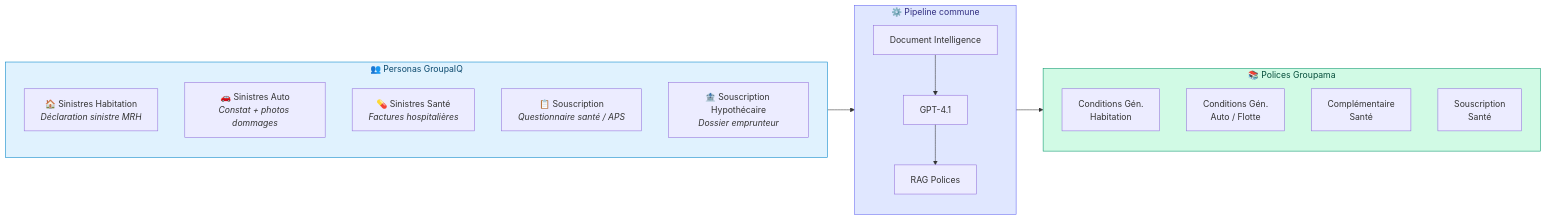
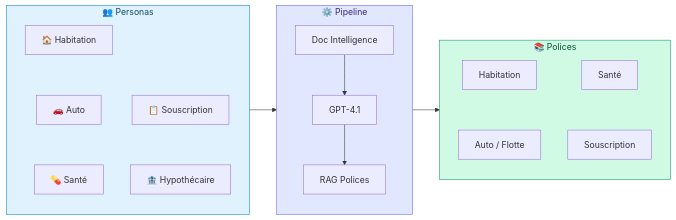
The second of 9 diagrams in docs/ARCHITECTURE-AGENTIC.md (olivMertens/WorkbenchIQ), drawn with Mermaid before and after one commit. The commit also changed other lines of this file and 6 other files, not shown here.

First line of the commit message:
Architecture docs: hybrid strategy, HITL, FAQ data locality, pipeline detail, PDF generator

````diff
--- a/docs/ARCHITECTURE-AGENTIC.md
+++ b/docs/ARCHITECTURE-AGENTIC.md
@@ -60,33 +47,18 @@
 ```mermaid
 graph LR
-    subgraph PERSONAS["👥 Personas GroupaIQ"]
-        direction TB
-        P1["🏠 Sinistres Habitation<br/><i>Déclaration sinistre MRH</i>"]
-        P2["🚗 Sinistres Auto<br/><i>Constat + photos dommages</i>"]
-        P3["💊 Sinistres Santé<br/><i>Factures hospitalières</i>"]
-        P4["📋 Souscription<br/><i>Questionnaire santé / APS</i>"]
-        P5["🏦 Souscription Hypothécaire<br/><i>Dossier emprunteur</i>"]
+    subgraph PERSONAS["👥 Personas"]
+        P1["🏠 Habitation"] ~~~ P2["🚗 Auto"] ~~~ P3["💊 Santé"]
+        P4["📋 Souscription"] ~~~ P5["🏦 Hypothécaire"]
     end
-
-    subgraph PIPELINE["⚙️ Pipeline commune"]
-        CU["Document Intelligence"]
-        GPT["GPT-4.1"]
-        RAG["RAG Polices"]
-        CU --> GPT --> RAG
+    subgraph PIPELINE["⚙️ Pipeline"]
+        CU["Doc Intelligence"] --> GPT["GPT-4.1"] --> RAG["RAG Polices"]
     end
-
-    subgraph POLICIES["📚 Polices Groupama"]
-        direction TB
-        POL1["Conditions Gén.<br/>Habitation"]
-        POL2["Conditions Gén.<br/>Auto / Flotte"]
-        POL3["Complémentaire<br/>Santé"]
-        POL4["Souscription<br/>Santé"]
+    subgraph POLICIES["📚 Polices"]
+        POL1["Habitation"] ~~~ POL2["Auto / Flotte"]
+        POL3["Santé"] ~~~ POL4["Souscription"]
     end
-
-    PERSONAS --> PIPELINE
-    PIPELINE --> POLICIES
-
+    PERSONAS --> PIPELINE --> POLICIES
     style PERSONAS fill:#e0f2fe,stroke:#0284c7,color:#0c4a6e
     style PIPELINE fill:#e0e7ff,stroke:#6366f1,color:#312e81
     style POLICIES fill:#d1fae5,stroke:#059669,color:#064e3b
 ```
````
